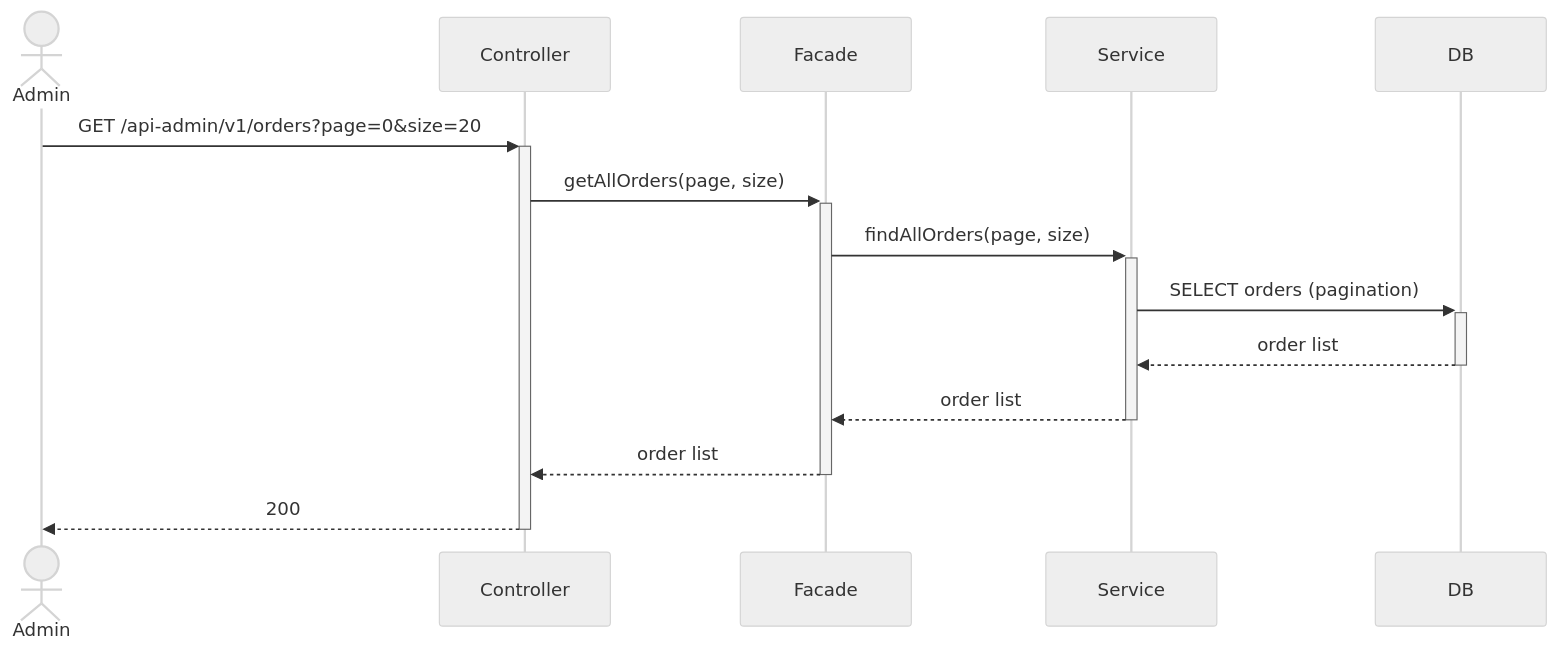
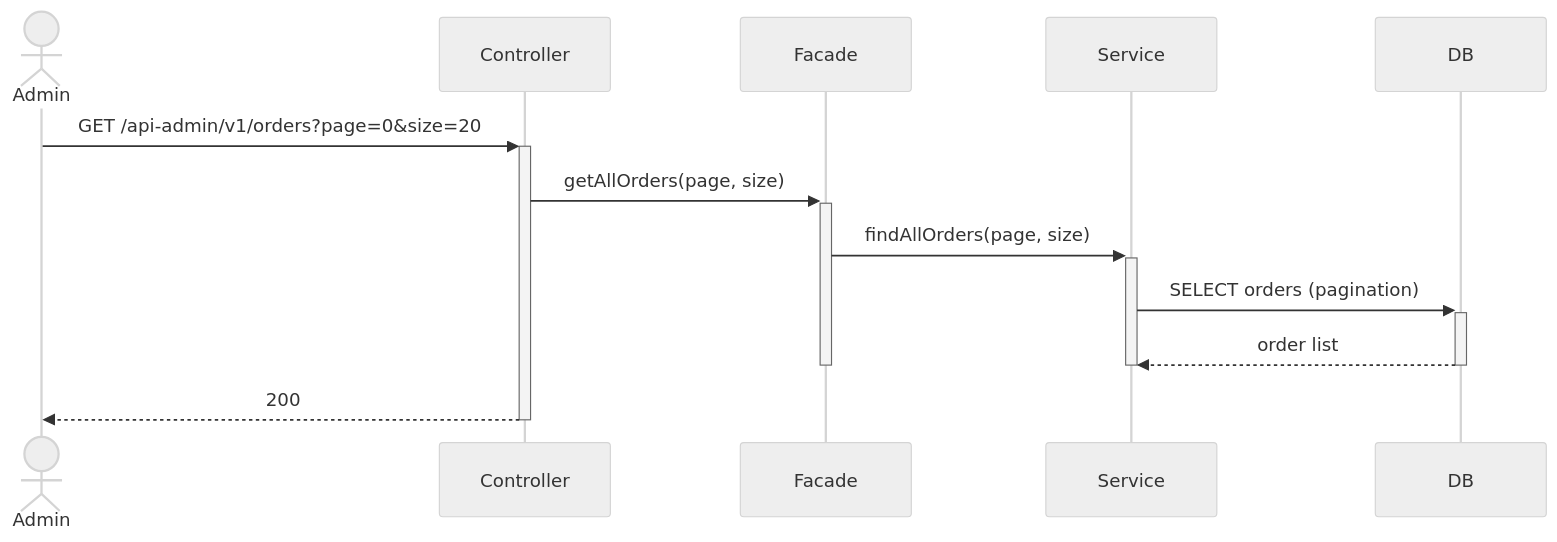
Before and after one commit to loopers-labs/loop-pack-be-l2-vol4-java: diagram 20 of 21 in .docs/design/02-sequence-diagrams.md, drawn with Mermaid (neutral theme). The commit also changed other lines of this file and 2 other files, not shown here.

Commit message:
docs: 시퀀스 다이어그램 activation bar 추가 및 설계 보완

````diff
--- a/.docs/design/02-sequence-diagrams.md
+++ b/.docs/design/02-sequence-diagrams.md
@@ -605,17 +597,17 @@
 ```mermaid
 sequenceDiagram
     actor Admin
     participant Controller
     participant Facade
     participant Service
     participant DB
 
     Admin->>+Controller: GET /api-admin/v1/orders?page=0&size=20
     Controller->>+Facade: getAllOrders(page, size)
     Facade->>+Service: findAllOrders(page, size)
     Service->>+DB: SELECT orders (pagination)
     DB-->>-Service: order list
-    Service-->>-Facade: order list
-    Facade-->>-Controller: order list
+    deactivate Service
+    deactivate Facade
     Controller-->>-Admin: 200
 ```
````
